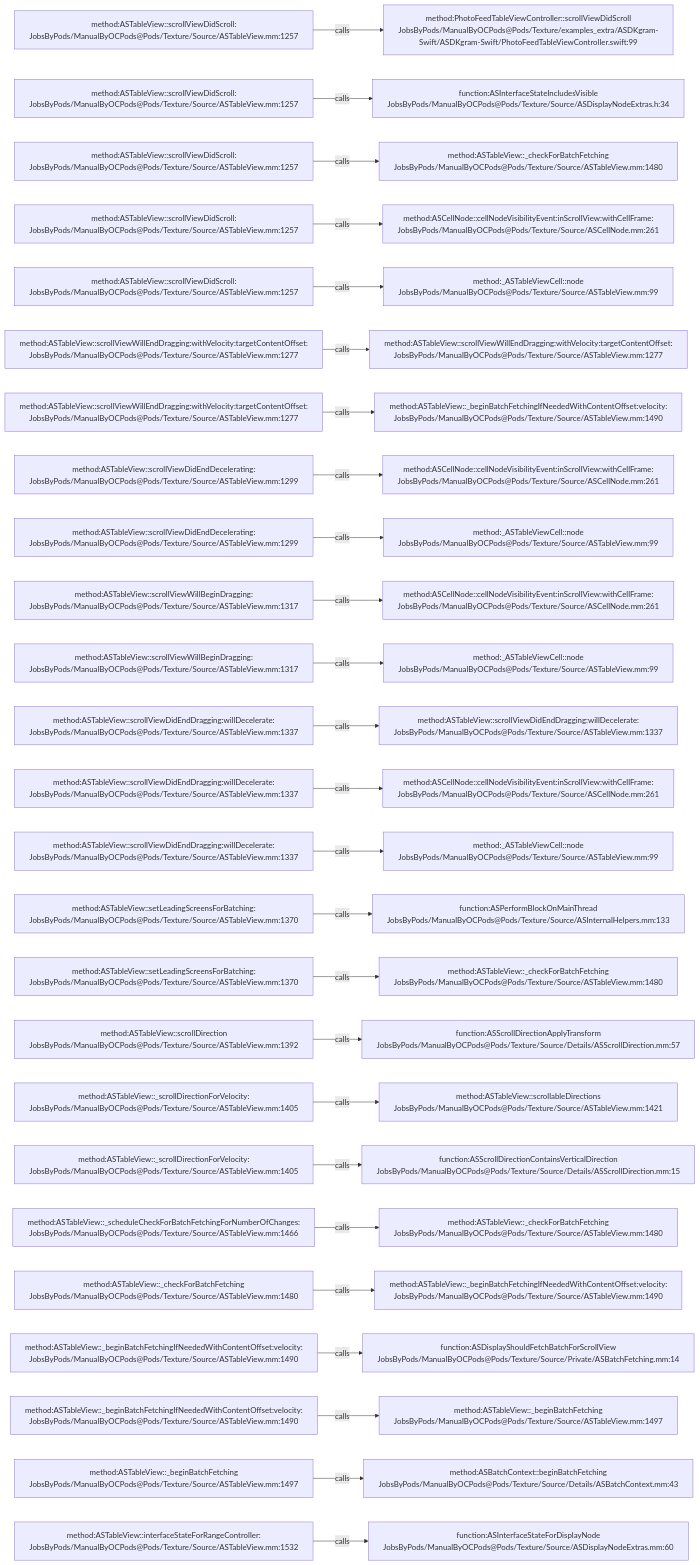
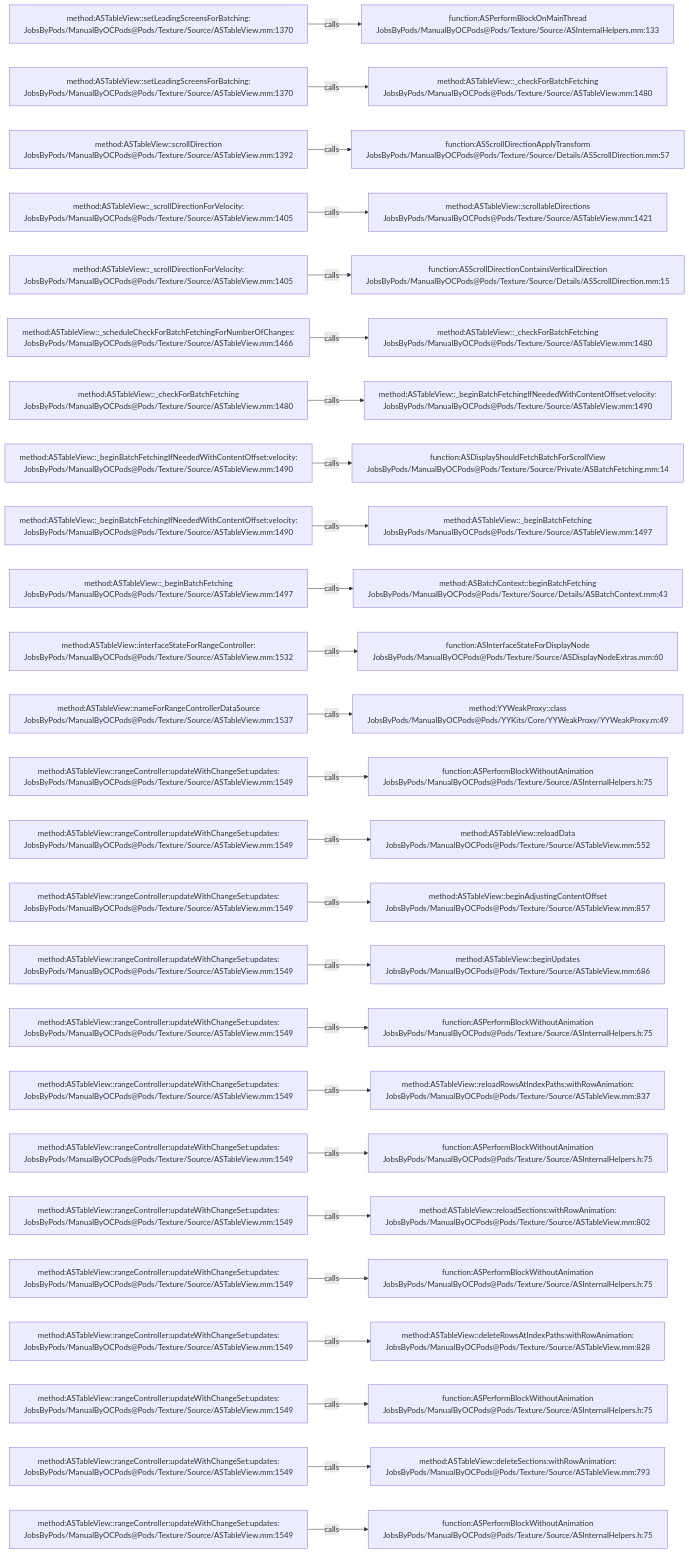
Before and after one commit to JobsKits/JobsOCBaseConfigDemo: the diagram in .codegraph/codegraph.md/graphs/calls-131.md, drawn with Mermaid. The commit also changed 296 other files, not shown here.

````diff
--- a/.codegraph/codegraph.md/graphs/calls-131.md
+++ b/.codegraph/codegraph.md/graphs/calls-131.md
@@ -13,78 +13,78 @@
 ```mermaid
 flowchart LR
-  S1["method:ASTableView::scrollViewDidScroll:<br/>JobsByPods/ManualByOCPods@Pods/Texture/Source/ASTableView.mm:1257"]
-  T1["method:PhotoFeedTableViewController::scrollViewDidScroll<br/>JobsByPods/ManualByOCPods@Pods/Texture/examples_extra/ASDKgram-Swift/ASDKgram-Swift/PhotoFeedTableViewController.swift:99"]
+  S1["method:ASTableView::setLeadingScreensForBatching:<br/>JobsByPods/ManualByOCPods@Pods/Texture/Source/ASTableView.mm:1370"]
+  T1["function:ASPerformBlockOnMainThread<br/>JobsByPods/ManualByOCPods@Pods/Texture/Source/ASInternalHelpers.mm:133"]
   S1 -->|calls| T1
-  S2["method:ASTableView::scrollViewDidScroll:<br/>JobsByPods/ManualByOCPods@Pods/Texture/Source/ASTableView.mm:1257"]
-  T2["function:ASInterfaceStateIncludesVisible<br/>JobsByPods/ManualByOCPods@Pods/Texture/Source/ASDisplayNodeExtras.h:34"]
+  S2["method:ASTableView::setLeadingScreensForBatching:<br/>JobsByPods/ManualByOCPods@Pods/Texture/Source/ASTableView.mm:1370"]
+  T2["method:ASTableView::_checkForBatchFetching<br/>JobsByPods/ManualByOCPods@Pods/Texture/Source/ASTableView.mm:1480"]
   S2 -->|calls| T2
-  S3["method:ASTableView::scrollViewDidScroll:<br/>JobsByPods/ManualByOCPods@Pods/Texture/Source/ASTableView.mm:1257"]
-  T3["method:ASTableView::_checkForBatchFetching<br/>JobsByPods/ManualByOCPods@Pods/Texture/Source/ASTableView.mm:1480"]
+  S3["method:ASTableView::scrollDirection<br/>JobsByPods/ManualByOCPods@Pods/Texture/Source/ASTableView.mm:1392"]
+  T3["function:ASScrollDirectionApplyTransform<br/>JobsByPods/ManualByOCPods@Pods/Texture/Source/Details/ASScrollDirection.mm:57"]
   S3 -->|calls| T3
-  S4["method:ASTableView::scrollViewDidScroll:<br/>JobsByPods/ManualByOCPods@Pods/Texture/Source/ASTableView.mm:1257"]
-  T4["method:ASCellNode::cellNodeVisibilityEvent:inScrollView:withCellFrame:<br/>JobsByPods/ManualByOCPods@Pods/Texture/Source/ASCellNode.mm:261"]
+  S4["method:ASTableView::_scrollDirectionForVelocity:<br/>JobsByPods/ManualByOCPods@Pods/Texture/Source/ASTableView.mm:1405"]
+  T4["method:ASTableView::scrollableDirections<br/>JobsByPods/ManualByOCPods@Pods/Texture/Source/ASTableView.mm:1421"]
   S4 -->|calls| T4
-  S5["method:ASTableView::scrollViewDidScroll:<br/>JobsByPods/ManualByOCPods@Pods/Texture/Source/ASTableView.mm:1257"]
-  T5["method:_ASTableViewCell::node<br/>JobsByPods/ManualByOCPods@Pods/Texture/Source/ASTableView.mm:99"]
+  S5["method:ASTableView::_scrollDirectionForVelocity:<br/>JobsByPods/ManualByOCPods@Pods/Texture/Source/ASTableView.mm:1405"]
+  T5["function:ASScrollDirectionContainsVerticalDirection<br/>JobsByPods/ManualByOCPods@Pods/Texture/Source/Details/ASScrollDirection.mm:15"]
   S5 -->|calls| T5
-  S6["method:ASTableView::scrollViewWillEndDragging:withVelocity:targetContentOffset:<br/>JobsByPods/ManualByOCPods@Pods/Texture/Source/ASTableView.mm:1277"]
-  T6["method:ASTableView::scrollViewWillEndDragging:withVelocity:targetContentOffset:<br/>JobsByPods/ManualByOCPods@Pods/Texture/Source/ASTableView.mm:1277"]
+  S6["method:ASTableView::_scheduleCheckForBatchFetchingForNumberOfChanges:<br/>JobsByPods/ManualByOCPods@Pods/Texture/Source/ASTableView.mm:1466"]
+  T6["method:ASTableView::_checkForBatchFetching<br/>JobsByPods/ManualByOCPods@Pods/Texture/Source/ASTableView.mm:1480"]
   S6 -->|calls| T6
-  S7["method:ASTableView::scrollViewWillEndDragging:withVelocity:targetContentOffset:<br/>JobsByPods/ManualByOCPods@Pods/Texture/Source/ASTableView.mm:1277"]
+  S7["method:ASTableView::_checkForBatchFetching<br/>JobsByPods/ManualByOCPods@Pods/Texture/Source/ASTableView.mm:1480"]
   T7["method:ASTableView::_beginBatchFetchingIfNeededWithContentOffset:velocity:<br/>JobsByPods/ManualByOCPods@Pods/Texture/Source/ASTableView.mm:1490"]
   S7 -->|calls| T7
-  S8["method:ASTableView::scrollViewDidEndDecelerating:<br/>JobsByPods/ManualByOCPods@Pods/Texture/Source/ASTableView.mm:1299"]
-  T8["method:ASCellNode::cellNodeVisibilityEvent:inScrollView:withCellFrame:<br/>JobsByPods/ManualByOCPods@Pods/Texture/Source/ASCellNode.mm:261"]
+  S8["method:ASTableView::_beginBatchFetchingIfNeededWithContentOffset:velocity:<br/>JobsByPods/ManualByOCPods@Pods/Texture/Source/ASTableView.mm:1490"]
+  T8["function:ASDisplayShouldFetchBatchForScrollView<br/>JobsByPods/ManualByOCPods@Pods/Texture/Source/Private/ASBatchFetching.mm:14"]
   S8 -->|calls| T8
-  S9["method:ASTableView::scrollViewDidEndDecelerating:<br/>JobsByPods/ManualByOCPods@Pods/Texture/Source/ASTableView.mm:1299"]
-  T9["method:_ASTableViewCell::node<br/>JobsByPods/ManualByOCPods@Pods/Texture/Source/ASTableView.mm:99"]
+  S9["method:ASTableView::_beginBatchFetchingIfNeededWithContentOffset:velocity:<br/>JobsByPods/ManualByOCPods@Pods/Texture/Source/ASTableView.mm:1490"]
+  T9["method:ASTableView::_beginBatchFetching<br/>JobsByPods/ManualByOCPods@Pods/Texture/Source/ASTableView.mm:1497"]
   S9 -->|calls| T9
-  S10["method:ASTableView::scrollViewWillBeginDragging:<br/>JobsByPods/ManualByOCPods@Pods/Texture/Source/ASTableView.mm:1317"]
-  T10["method:ASCellNode::cellNodeVisibilityEvent:inScrollView:withCellFrame:<br/>JobsByPods/ManualByOCPods@Pods/Texture/Source/ASCellNode.mm:261"]
+  S10["method:ASTableView::_beginBatchFetching<br/>JobsByPods/ManualByOCPods@Pods/Texture/Source/ASTableView.mm:1497"]
+  T10["method:ASBatchContext::beginBatchFetching<br/>JobsByPods/ManualByOCPods@Pods/Texture/Source/Details/ASBatchContext.mm:43"]
   S10 -->|calls| T10
-  S11["method:ASTableView::scrollViewWillBeginDragging:<br/>JobsByPods/ManualByOCPods@Pods/Texture/Source/ASTableView.mm:1317"]
-  T11["method:_ASTableViewCell::node<br/>JobsByPods/ManualByOCPods@Pods/Texture/Source/ASTableView.mm:99"]
+  S11["method:ASTableView::interfaceStateForRangeController:<br/>JobsByPods/ManualByOCPods@Pods/Texture/Source/ASTableView.mm:1532"]
+  T11["function:ASInterfaceStateForDisplayNode<br/>JobsByPods/ManualByOCPods@Pods/Texture/Source/ASDisplayNodeExtras.mm:60"]
   S11 -->|calls| T11
-  S12["method:ASTableView::scrollViewDidEndDragging:willDecelerate:<br/>JobsByPods/ManualByOCPods@Pods/Texture/Source/ASTableView.mm:1337"]
-  T12["method:ASTableView::scrollViewDidEndDragging:willDecelerate:<br/>JobsByPods/ManualByOCPods@Pods/Texture/Source/ASTableView.mm:1337"]
+  S12["method:ASTableView::nameForRangeControllerDataSource<br/>JobsByPods/ManualByOCPods@Pods/Texture/Source/ASTableView.mm:1537"]
+  T12["method:YYWeakProxy::class<br/>JobsByPods/ManualByOCPods@Pods/YYKits/Core/YYWeakProxy/YYWeakProxy.m:49"]
   S12 -->|calls| T12
-  S13["method:ASTableView::scrollViewDidEndDragging:willDecelerate:<br/>JobsByPods/ManualByOCPods@Pods/Texture/Source/ASTableView.mm:1337"]
-  T13["method:ASCellNode::cellNodeVisibilityEvent:inScrollView:withCellFrame:<br/>JobsByPods/ManualByOCPods@Pods/Texture/Source/ASCellNode.mm:261"]
+  S13["method:ASTableView::rangeController:updateWithChangeSet:updates:<br/>JobsByPods/ManualByOCPods@Pods/Texture/Source/ASTableView.mm:1549"]
+  T13["function:ASPerformBlockWithoutAnimation<br/>JobsByPods/ManualByOCPods@Pods/Texture/Source/ASInternalHelpers.h:75"]
   S13 -->|calls| T13
-  S14["method:ASTableView::scrollViewDidEndDragging:willDecelerate:<br/>JobsByPods/ManualByOCPods@Pods/Texture/Source/ASTableView.mm:1337"]
-  T14["method:_ASTableViewCell::node<br/>JobsByPods/ManualByOCPods@Pods/Texture/Source/ASTableView.mm:99"]
+  S14["method:ASTableView::rangeController:updateWithChangeSet:updates:<br/>JobsByPods/ManualByOCPods@Pods/Texture/Source/ASTableView.mm:1549"]
+  T14["method:ASTableView::reloadData<br/>JobsByPods/ManualByOCPods@Pods/Texture/Source/ASTableView.mm:552"]
   S14 -->|calls| T14
-  S15["method:ASTableView::setLeadingScreensForBatching:<br/>JobsByPods/ManualByOCPods@Pods/Texture/Source/ASTableView.mm:1370"]
-  T15["function:ASPerformBlockOnMainThread<br/>JobsByPods/ManualByOCPods@Pods/Texture/Source/ASInternalHelpers.mm:133"]
+  S15["method:ASTableView::rangeController:updateWithChangeSet:updates:<br/>JobsByPods/ManualByOCPods@Pods/Texture/Source/ASTableView.mm:1549"]
+  T15["method:ASTableView::beginAdjustingContentOffset<br/>JobsByPods/ManualByOCPods@Pods/Texture/Source/ASTableView.mm:857"]
   S15 -->|calls| T15
-  S16["method:ASTableView::setLeadingScreensForBatching:<br/>JobsByPods/ManualByOCPods@Pods/Texture/Source/ASTableView.mm:1370"]
-  T16["method:ASTableView::_checkForBatchFetching<br/>JobsByPods/ManualByOCPods@Pods/Texture/Source/ASTableView.mm:1480"]
+  S16["method:ASTableView::rangeController:updateWithChangeSet:updates:<br/>JobsByPods/ManualByOCPods@Pods/Texture/Source/ASTableView.mm:1549"]
+  T16["method:ASTableView::beginUpdates<br/>JobsByPods/ManualByOCPods@Pods/Texture/Source/ASTableView.mm:686"]
   S16 -->|calls| T16
-  S17["method:ASTableView::scrollDirection<br/>JobsByPods/ManualByOCPods@Pods/Texture/Source/ASTableView.mm:1392"]
-  T17["function:ASScrollDirectionApplyTransform<br/>JobsByPods/ManualByOCPods@Pods/Texture/Source/Details/ASScrollDirection.mm:57"]
+  S17["method:ASTableView::rangeController:updateWithChangeSet:updates:<br/>JobsByPods/ManualByOCPods@Pods/Texture/Source/ASTableView.mm:1549"]
+  T17["function:ASPerformBlockWithoutAnimation<br/>JobsByPods/ManualByOCPods@Pods/Texture/Source/ASInternalHelpers.h:75"]
   S17 -->|calls| T17
-  S18["method:ASTableView::_scrollDirectionForVelocity:<br/>JobsByPods/ManualByOCPods@Pods/Texture/Source/ASTableView.mm:1405"]
-  T18["method:ASTableView::scrollableDirections<br/>JobsByPods/ManualByOCPods@Pods/Texture/Source/ASTableView.mm:1421"]
+  S18["method:ASTableView::rangeController:updateWithChangeSet:updates:<br/>JobsByPods/ManualByOCPods@Pods/Texture/Source/ASTableView.mm:1549"]
+  T18["method:ASTableView::reloadRowsAtIndexPaths:withRowAnimation:<br/>JobsByPods/ManualByOCPods@Pods/Texture/Source/ASTableView.mm:837"]
   S18 -->|calls| T18
-  S19["method:ASTableView::_scrollDirectionForVelocity:<br/>JobsByPods/ManualByOCPods@Pods/Texture/Source/ASTableView.mm:1405"]
-  T19["function:ASScrollDirectionContainsVerticalDirection<br/>JobsByPods/ManualByOCPods@Pods/Texture/Source/Details/ASScrollDirection.mm:15"]
+  S19["method:ASTableView::rangeController:updateWithChangeSet:updates:<br/>JobsByPods/ManualByOCPods@Pods/Texture/Source/ASTableView.mm:1549"]
+  T19["function:ASPerformBlockWithoutAnimation<br/>JobsByPods/ManualByOCPods@Pods/Texture/Source/ASInternalHelpers.h:75"]
   S19 -->|calls| T19
-  S20["method:ASTableView::_scheduleCheckForBatchFetchingForNumberOfChanges:<br/>JobsByPods/ManualByOCPods@Pods/Texture/Source/ASTableView.mm:1466"]
-  T20["method:ASTableView::_checkForBatchFetching<br/>JobsByPods/ManualByOCPods@Pods/Texture/Source/ASTableView.mm:1480"]
+  S20["method:ASTableView::rangeController:updateWithChangeSet:updates:<br/>JobsByPods/ManualByOCPods@Pods/Texture/Source/ASTableView.mm:1549"]
+  T20["method:ASTableView::reloadSections:withRowAnimation:<br/>JobsByPods/ManualByOCPods@Pods/Texture/Source/ASTableView.mm:802"]
   S20 -->|calls| T20
-  S21["method:ASTableView::_checkForBatchFetching<br/>JobsByPods/ManualByOCPods@Pods/Texture/Source/ASTableView.mm:1480"]
-  T21["method:ASTableView::_beginBatchFetchingIfNeededWithContentOffset:velocity:<br/>JobsByPods/ManualByOCPods@Pods/Texture/Source/ASTableView.mm:1490"]
+  S21["method:ASTableView::rangeController:updateWithChangeSet:updates:<br/>JobsByPods/ManualByOCPods@Pods/Texture/Source/ASTableView.mm:1549"]
+  T21["function:ASPerformBlockWithoutAnimation<br/>JobsByPods/ManualByOCPods@Pods/Texture/Source/ASInternalHelpers.h:75"]
   S21 -->|calls| T21
-  S22["method:ASTableView::_beginBatchFetchingIfNeededWithContentOffset:velocity:<br/>JobsByPods/ManualByOCPods@Pods/Texture/Source/ASTableView.mm:1490"]
-  T22["function:ASDisplayShouldFetchBatchForScrollView<br/>JobsByPods/ManualByOCPods@Pods/Texture/Source/Private/ASBatchFetching.mm:14"]
+  S22["method:ASTableView::rangeController:updateWithChangeSet:updates:<br/>JobsByPods/ManualByOCPods@Pods/Texture/Source/ASTableView.mm:1549"]
+  T22["method:ASTableView::deleteRowsAtIndexPaths:withRowAnimation:<br/>JobsByPods/ManualByOCPods@Pods/Texture/Source/ASTableView.mm:828"]
   S22 -->|calls| T22
-  S23["method:ASTableView::_beginBatchFetchingIfNeededWithContentOffset:velocity:<br/>JobsByPods/ManualByOCPods@Pods/Texture/Source/ASTableView.mm:1490"]
-  T23["method:ASTableView::_beginBatchFetching<br/>JobsByPods/ManualByOCPods@Pods/Texture/Source/ASTableView.mm:1497"]
+  S23["method:ASTableView::rangeController:updateWithChangeSet:updates:<br/>JobsByPods/ManualByOCPods@Pods/Texture/Source/ASTableView.mm:1549"]
+  T23["function:ASPerformBlockWithoutAnimation<br/>JobsByPods/ManualByOCPods@Pods/Texture/Source/ASInternalHelpers.h:75"]
   S23 -->|calls| T23
-  S24["method:ASTableView::_beginBatchFetching<br/>JobsByPods/ManualByOCPods@Pods/Texture/Source/ASTableView.mm:1497"]
-  T24["method:ASBatchContext::beginBatchFetching<br/>JobsByPods/ManualByOCPods@Pods/Texture/Source/Details/ASBatchContext.mm:43"]
+  S24["method:ASTableView::rangeController:updateWithChangeSet:updates:<br/>JobsByPods/ManualByOCPods@Pods/Texture/Source/ASTableView.mm:1549"]
+  T24["method:ASTableView::deleteSections:withRowAnimation:<br/>JobsByPods/ManualByOCPods@Pods/Texture/Source/ASTableView.mm:793"]
   S24 -->|calls| T24
-  S25["method:ASTableView::interfaceStateForRangeController:<br/>JobsByPods/ManualByOCPods@Pods/Texture/Source/ASTableView.mm:1532"]
-  T25["function:ASInterfaceStateForDisplayNode<br/>JobsByPods/ManualByOCPods@Pods/Texture/Source/ASDisplayNodeExtras.mm:60"]
+  S25["method:ASTableView::rangeController:updateWithChangeSet:updates:<br/>JobsByPods/ManualByOCPods@Pods/Texture/Source/ASTableView.mm:1549"]
+  T25["function:ASPerformBlockWithoutAnimation<br/>JobsByPods/ManualByOCPods@Pods/Texture/Source/ASInternalHelpers.h:75"]
   S25 -->|calls| T25
 ```
````
